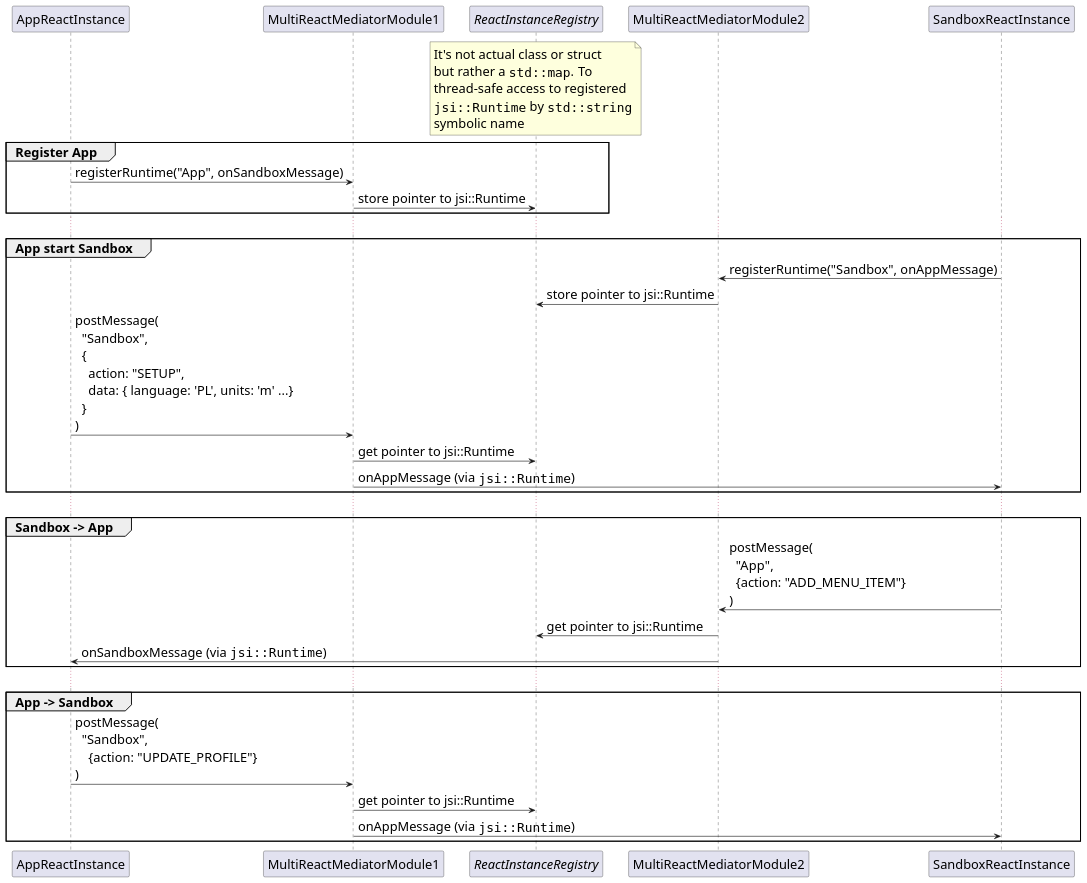
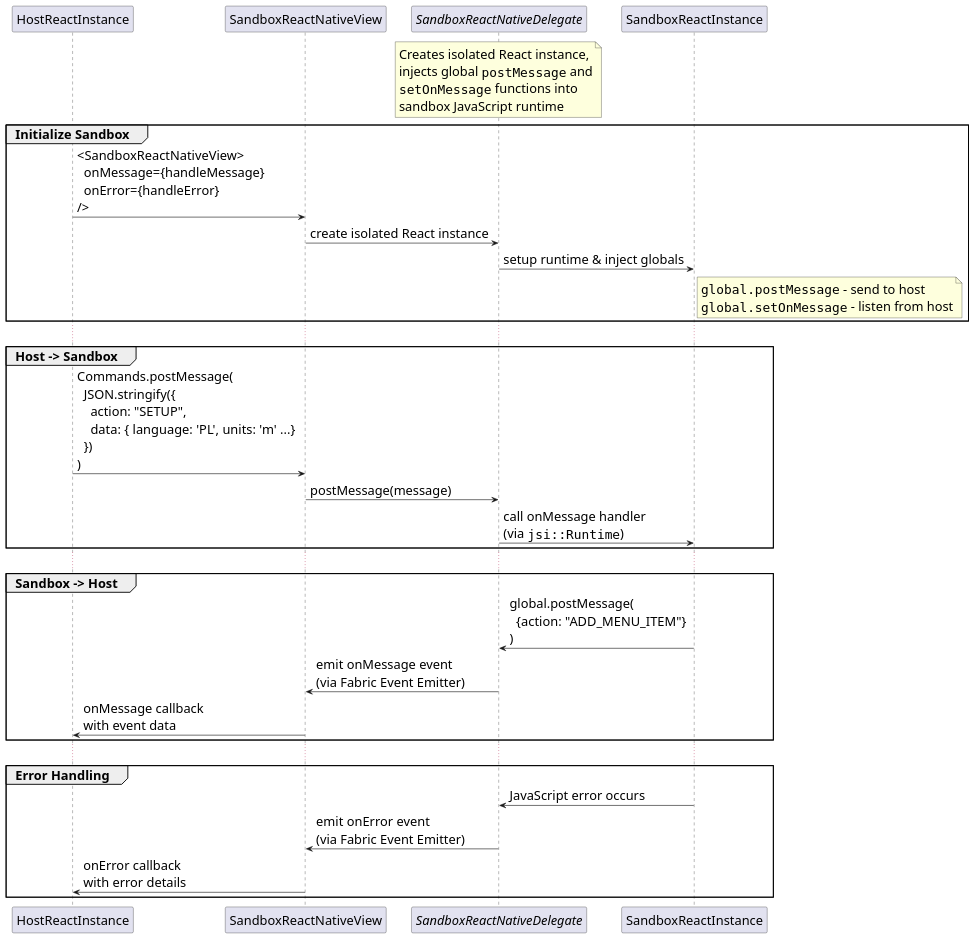
One commit to callstackincubator/react-native-sandbox changed the diagram in docs/communication-turbo-modules.plantuml. Above: the diagram before and after it, drawn with PlantUML. The commit also changed 4 other files, not shown here.

Commit message:
docs: add sequence diagram to article

```diff
--- a/docs/communication-turbo-modules.plantuml
+++ b/docs/communication-turbo-modules.plantuml
@@ -1,61 +1,61 @@
 @startuml
 
 skinparam DefaultFontSize 21
 
-participant AppReactInstance
-participant MultiReactMediatorModule1
+participant HostReactInstance
+participant SandboxReactNativeView
 
-participant "//ReactInstanceRegistry//" as ReactInstanceRegistry
+participant "//SandboxReactNativeDelegate//" as Delegate
 
-participant MultiReactMediatorModule2
 participant SandboxReactInstance
 
-note over ReactInstanceRegistry
-  It's not actual class or struct
-  but rather a ""std::map"". To
-  thread-safe access to registered
-  ""jsi::Runtime"" by ""std::string""
-  symbolic name
+note over Delegate
+  Creates isolated React instance,
+  injects global ""postMessage"" and
+  ""setOnMessage"" functions into
+  sandbox JavaScript runtime
 end note
 
-group Register App
+group Initialize Sandbox
 
-AppReactInstance -> MultiReactMediatorModule1 : registerRuntime("App", onSandboxMessage)
-MultiReactMediatorModule1 -> ReactInstanceRegistry : store pointer to jsi::Runtime
+HostReactInstance -> SandboxReactNativeView : <SandboxReactNativeView>\n  onMessage={handleMessage}\n  onError={handleError}\n/>
+SandboxReactNativeView -> Delegate : create isolated React instance
+Delegate -> SandboxReactInstance : setup runtime & inject globals
+note right of SandboxReactInstance
+  ""global.postMessage"" - send to host
+  ""global.setOnMessage"" - listen from host
+end note
 
 end
 
 ...
 
-group App start Sandbox
+group Host -> Sandbox
 
-SandboxReactInstance -> MultiReactMediatorModule2 : registerRuntime("Sandbox", onAppMessage)
-MultiReactMediatorModule2 -> ReactInstanceRegistry : store pointer to jsi::Runtime
-
-AppReactInstance -> MultiReactMediatorModule1 : postMessage(\n  "Sandbox",\n  {\n    action: "SETUP",\n    data: { language: 'PL', units: 'm' ...}\n  }\n)
-MultiReactMediatorModule1 -> ReactInstanceRegistry : get pointer to jsi::Runtime
-MultiReactMediatorModule1 -> SandboxReactInstance: onAppMessage (via ""jsi::Runtime"")
+HostReactInstance -> SandboxReactNativeView : Commands.postMessage(\n  JSON.stringify({\n    action: "SETUP",\n    data: { language: 'PL', units: 'm' ...}\n  })\n)
+SandboxReactNativeView -> Delegate : postMessage(message)
+Delegate -> SandboxReactInstance: call onMessage handler\n(via ""jsi::Runtime"")
 
 end
 
 ...
 
-group Sandbox -> App
+group Sandbox -> Host
 
-SandboxReactInstance -> MultiReactMediatorModule2 : postMessage(\n  "App",\n  {action: "ADD_MENU_ITEM"}\n)
-MultiReactMediatorModule2 -> ReactInstanceRegistry : get pointer to jsi::Runtime
-MultiReactMediatorModule2 -> AppReactInstance: onSandboxMessage (via ""jsi::Runtime"")
+SandboxReactInstance -> Delegate : global.postMessage(\n  {action: "ADD_MENU_ITEM"}\n)
+Delegate -> SandboxReactNativeView: emit onMessage event\n(via Fabric Event Emitter)
+SandboxReactNativeView -> HostReactInstance: onMessage callback\nwith event data
 
 end
 
 ...
 
-group App -> Sandbox
+group Error Handling
 
-AppReactInstance -> MultiReactMediatorModule1 : postMessage(\n  "Sandbox",\n    {action: "UPDATE_PROFILE"}\n)
-MultiReactMediatorModule1 -> ReactInstanceRegistry : get pointer to jsi::Runtime
-MultiReactMediatorModule1 -> SandboxReactInstance: onAppMessage (via ""jsi::Runtime"")
+SandboxReactInstance -> Delegate : JavaScript error occurs
+Delegate -> SandboxReactNativeView: emit onError event\n(via Fabric Event Emitter)
+SandboxReactNativeView -> HostReactInstance: onError callback\nwith error details
 
 end
 
 @enduml
```
